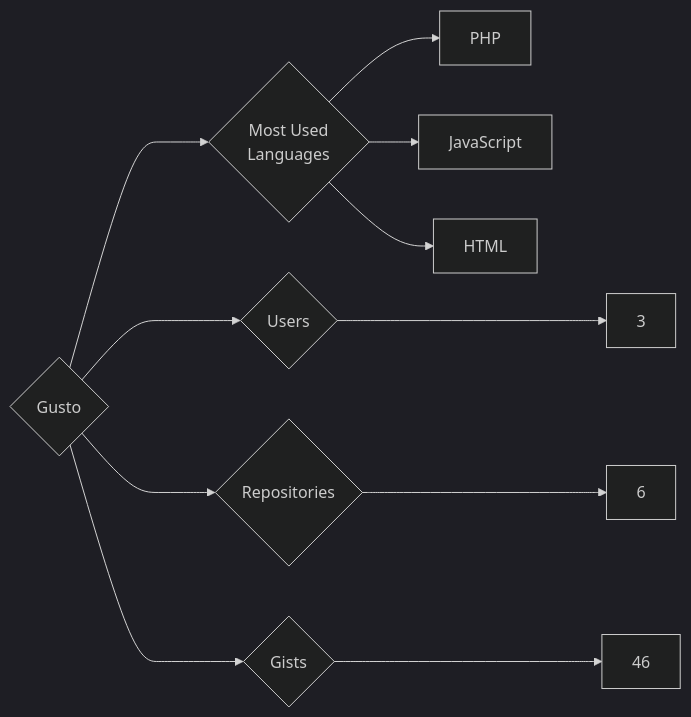
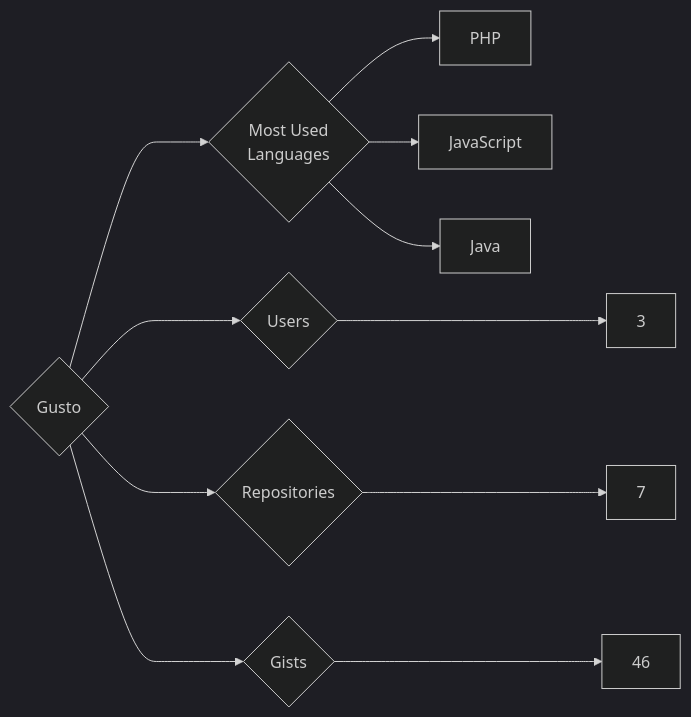
Before and after one commit to trickest/insiders: the diagram in targets/Gusto/README.md, drawn with Mermaid (dark theme). The commit also changed 815 other files, not shown here.

````diff
--- a/targets/Gusto/README.md
+++ b/targets/Gusto/README.md
@@ -3,11 +3,11 @@
 ```mermaid
 graph LR
 COMPANY_NAME{Gusto}
 COMPANY_NAME ---> U{Users} ---> UN[3]
-COMPANY_NAME ---> R{Repositories} ---> RN[6]
+COMPANY_NAME ---> R{Repositories} ---> RN[7]
 COMPANY_NAME ---> G{Gists} ---> GN[46]
 COMPANY_NAME ---> ML{Most Used<br>Languages}
 ML --> PHP[PHP]
 ML --> JavaScript[JavaScript]
-ML --> HTML[HTML]
+ML --> Java[Java]
 ```
````
